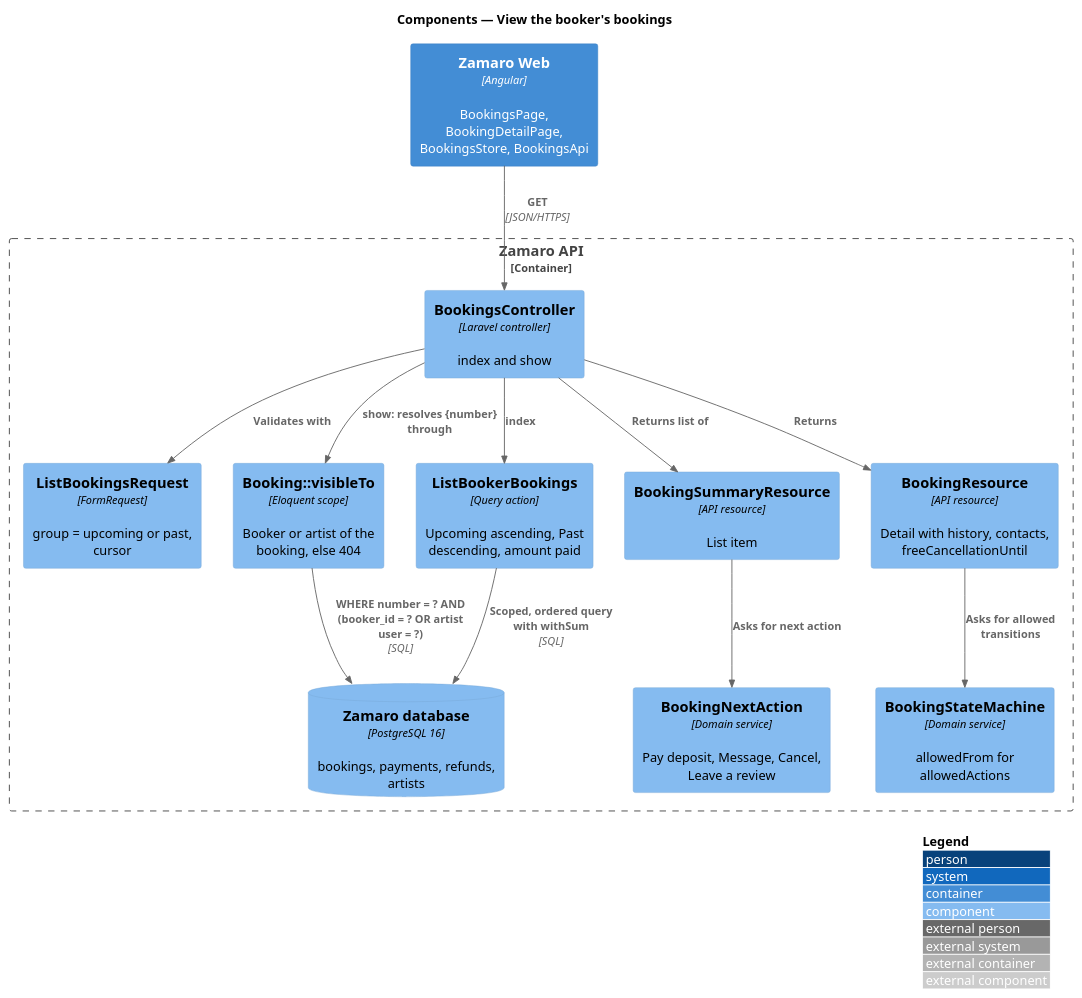
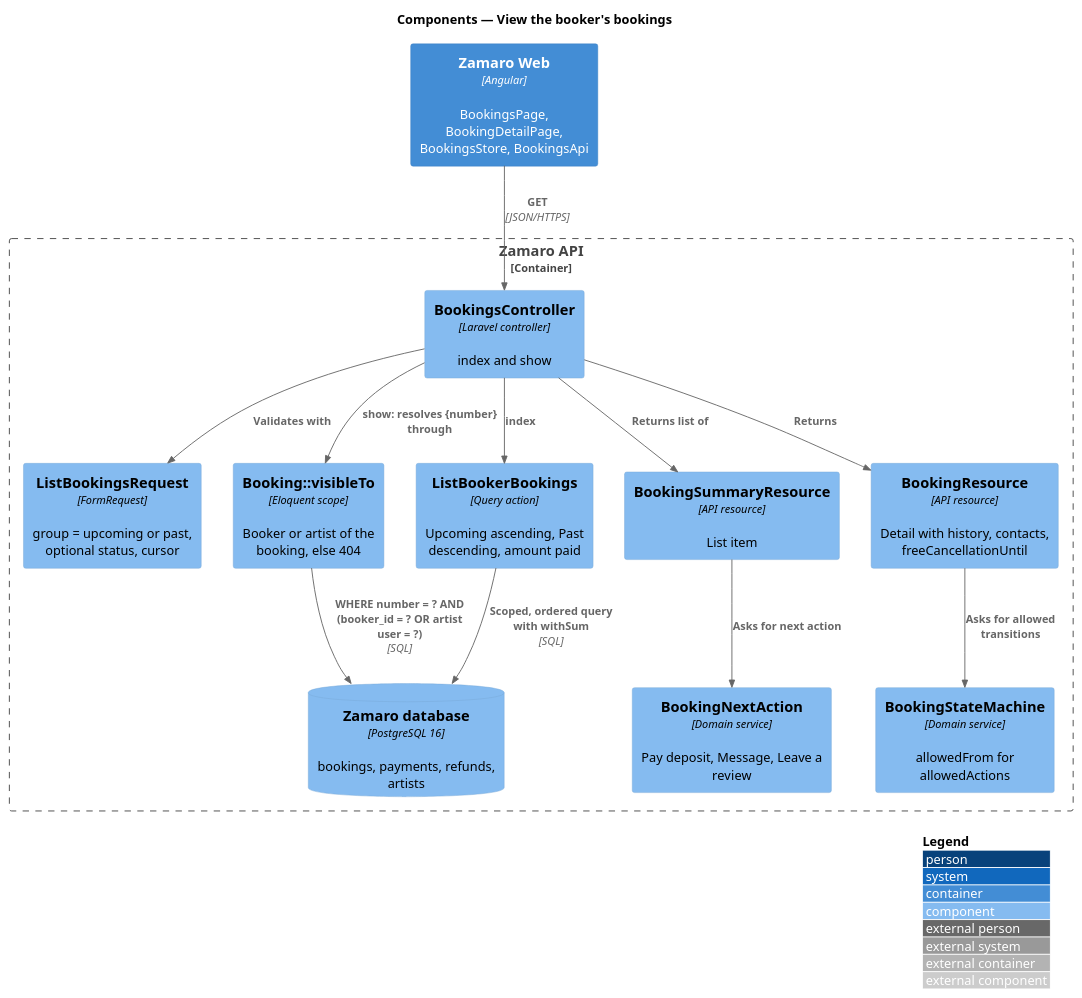
Before and after one commit to QuinntyneBrown/zamaro: the diagram in docs/detailed-designs/bookings/view-booker-bookings/diagrams/c4-component.puml, drawn with PlantUML. The commit also changed 379 other files, not shown here.

```diff
--- a/docs/detailed-designs/bookings/view-booker-bookings/diagrams/c4-component.puml
+++ b/docs/detailed-designs/bookings/view-booker-bookings/diagrams/c4-component.puml
@@ -1,28 +1,28 @@
 @startuml
 !include <C4/C4_Component>
 LAYOUT_WITH_LEGEND()
 title Components — View the booker's bookings
 
 Container(web, "Zamaro Web", "Angular", "BookingsPage, BookingDetailPage, BookingsStore, BookingsApi")
 Container_Boundary(api, "Zamaro API") {
   Component(ctrl, "BookingsController", "Laravel controller", "index and show")
-  Component(req, "ListBookingsRequest", "FormRequest", "group = upcoming or past, cursor")
+  Component(req, "ListBookingsRequest", "FormRequest", "group = upcoming or past, optional status, cursor")
   Component(scope, "Booking::visibleTo", "Eloquent scope", "Booker or artist of the booking, else 404")
   Component(list, "ListBookerBookings", "Query action", "Upcoming ascending, Past descending, amount paid")
-  Component(next, "BookingNextAction", "Domain service", "Pay deposit, Message, Cancel, Leave a review")
+  Component(next, "BookingNextAction", "Domain service", "Pay deposit, Message, Leave a review")
   Component(sm, "BookingStateMachine", "Domain service", "allowedFrom for allowedActions")
   Component(sumres, "BookingSummaryResource", "API resource", "List item")
   Component(detres, "BookingResource", "API resource", "Detail with history, contacts, freeCancellationUntil")
   ComponentDb(db, "Zamaro database", "PostgreSQL 16", "bookings, payments, refunds, artists")
 }
 Rel(web, ctrl, "GET", "JSON/HTTPS")
 Rel(ctrl, req, "Validates with")
 Rel(ctrl, list, "index")
 Rel(ctrl, scope, "show: resolves {number} through")
 Rel(list, db, "Scoped, ordered query with withSum", "SQL")
 Rel(scope, db, "WHERE number = ? AND (booker_id = ? OR artist user = ?)", "SQL")
 Rel(sumres, next, "Asks for next action")
 Rel(detres, sm, "Asks for allowed transitions")
 Rel(ctrl, sumres, "Returns list of")
 Rel(ctrl, detres, "Returns")
 @enduml
```
